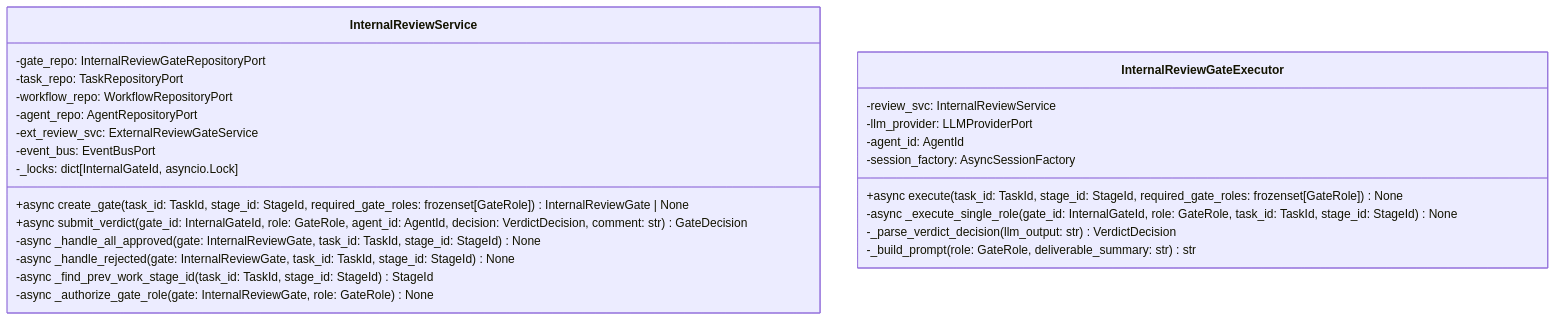
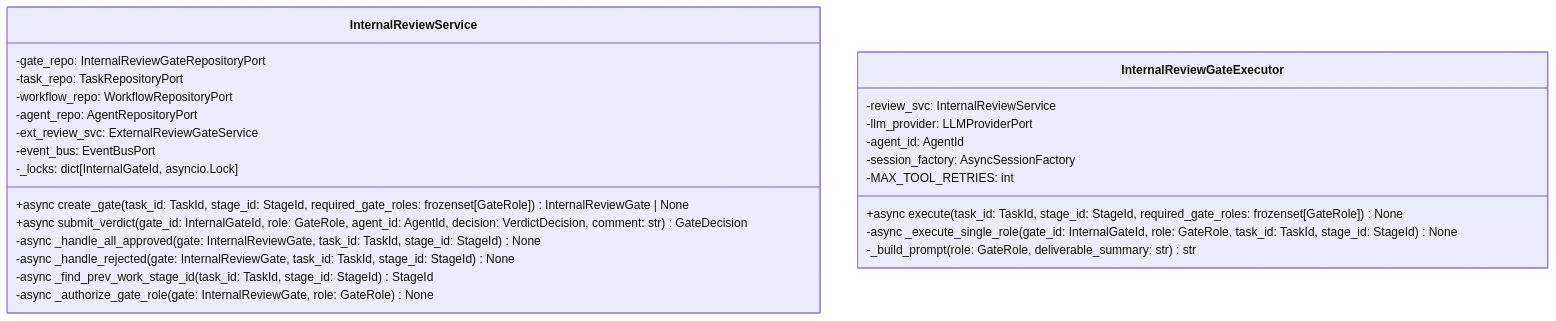
Before and after one commit to bakufu-dev/bakufu: the diagram in docs/features/internal-review-gate/application/detailed-design.md, drawn with Mermaid. The commit also changed other lines of this file and 1 other file, not shown here.

````diff
--- a/docs/features/internal-review-gate/application/detailed-design.md
+++ b/docs/features/internal-review-gate/application/detailed-design.md
@@ -26,28 +26,28 @@
 ```mermaid
 classDiagram
     class InternalReviewService {
         -gate_repo: InternalReviewGateRepositoryPort
         -task_repo: TaskRepositoryPort
         -workflow_repo: WorkflowRepositoryPort
         -agent_repo: AgentRepositoryPort
         -ext_review_svc: ExternalReviewGateService
         -event_bus: EventBusPort
         -_locks: dict[InternalGateId, asyncio.Lock]
         +async create_gate(task_id: TaskId, stage_id: StageId, required_gate_roles: frozenset[GateRole]) InternalReviewGate | None
         +async submit_verdict(gate_id: InternalGateId, role: GateRole, agent_id: AgentId, decision: VerdictDecision, comment: str) GateDecision
         -async _handle_all_approved(gate: InternalReviewGate, task_id: TaskId, stage_id: StageId) None
         -async _handle_rejected(gate: InternalReviewGate, task_id: TaskId, stage_id: StageId) None
         -async _find_prev_work_stage_id(task_id: TaskId, stage_id: StageId) StageId
         -async _authorize_gate_role(gate: InternalReviewGate, role: GateRole) None
     }
     class InternalReviewGateExecutor {
         -review_svc: InternalReviewService
         -llm_provider: LLMProviderPort
         -agent_id: AgentId
         -session_factory: AsyncSessionFactory
+        -MAX_TOOL_RETRIES: int
         +async execute(task_id: TaskId, stage_id: StageId, required_gate_roles: frozenset[GateRole]) None
         -async _execute_single_role(gate_id: InternalGateId, role: GateRole, task_id: TaskId, stage_id: StageId) None
-        -_parse_verdict_decision(llm_output: str) VerdictDecision
         -_build_prompt(role: GateRole, deliverable_summary: str) str
     }
 ```
````
